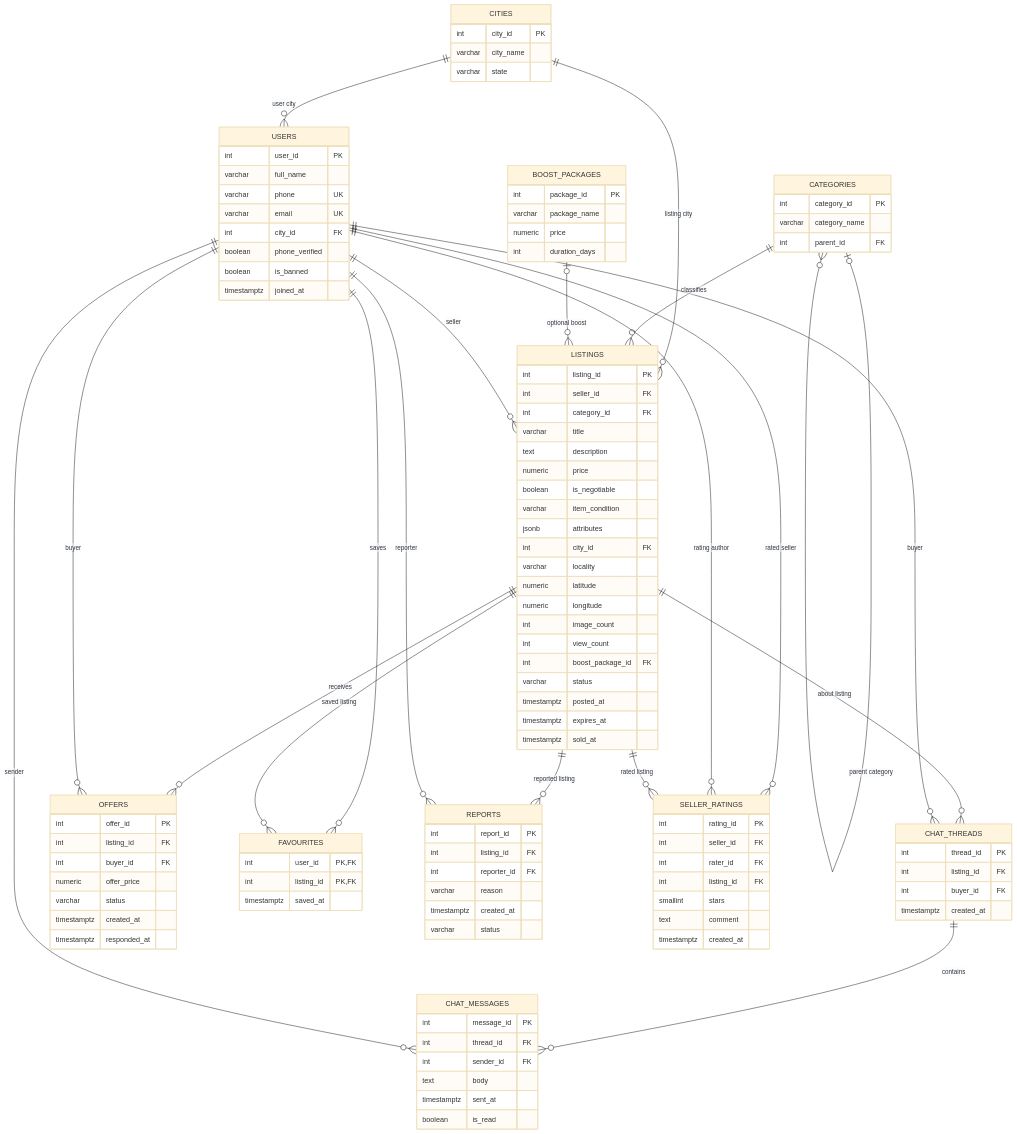
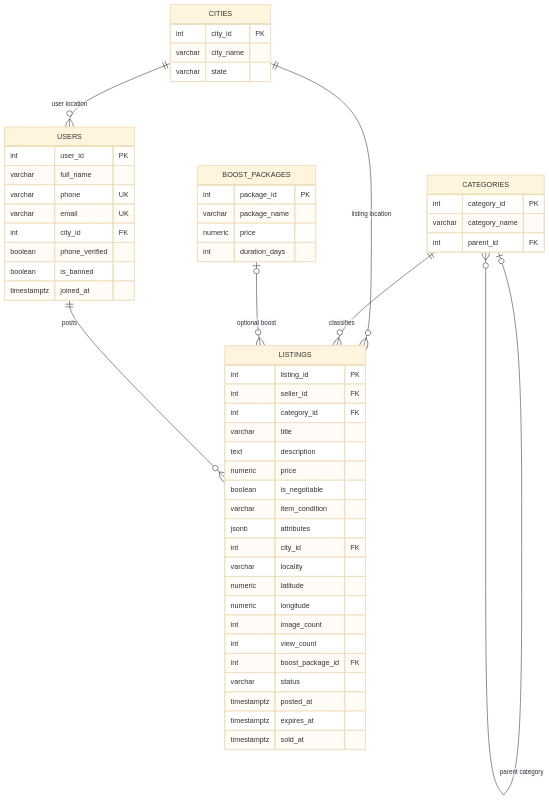
The first of 4 diagrams in docs/02_schema_design.md (Kingleo007/DE_project_2026), drawn with Mermaid (base theme) before and after one commit. The commit also changed other lines of this file, not shown here.

Commit message:
corrected v3

````diff
--- a/docs/02_schema_design.md
+++ b/docs/02_schema_design.md
@@ -216,49 +217,18 @@
 ```mermaid
 erDiagram
-    CITIES ||--o{ USERS : "user city"
-    CITIES ||--o{ LISTINGS : "listing city"
-
+    CITIES ||--o{ USERS : "user location"
+    CITIES ||--o{ LISTINGS : "listing location"
+    CATEGORIES ||--o{ LISTINGS : "classifies"
     CATEGORIES o|--o{ CATEGORIES : "parent category"
-    CATEGORIES ||--o{ LISTINGS : "classifies"
-
     BOOST_PACKAGES o|--o{ LISTINGS : "optional boost"
-
-    USERS ||--o{ LISTINGS : "seller"
-    LISTINGS ||--o{ CHAT_THREADS : "about listing"
-    USERS ||--o{ CHAT_THREADS : "buyer"
-
-    CHAT_THREADS ||--o{ CHAT_MESSAGES : "contains"
-    USERS ||--o{ CHAT_MESSAGES : "sender"
-
-    LISTINGS ||--o{ OFFERS : "receives"
-    USERS ||--o{ OFFERS : "buyer"
-
-    USERS ||--o{ FAVOURITES : "saves"
-    LISTINGS ||--o{ FAVOURITES : "saved listing"
-
-    LISTINGS ||--o{ REPORTS : "reported listing"
-    USERS ||--o{ REPORTS : "reporter"
-
-    USERS ||--o{ SELLER_RATINGS : "rated seller"
-    USERS ||--o{ SELLER_RATINGS : "rating author"
-    LISTINGS ||--o{ SELLER_RATINGS : "rated listing"
+    USERS ||--o{ LISTINGS : "posts"
 
     CITIES {
         int city_id PK
         varchar city_name
         varchar state
     }
-    CATEGORIES {
-        int category_id PK
-        varchar category_name
-        int parent_id FK
-    }
-    BOOST_PACKAGES {
-        int package_id PK
-        varchar package_name
-        numeric price
-        int duration_days
-    }
+
     USERS {
         int user_id PK
         varchar full_name
@@ -269,6 +239,20 @@
         boolean is_banned
         timestamptz joined_at
     }
+
+    CATEGORIES {
+        int category_id PK
+        varchar category_name
+        int parent_id FK
+    }
+
+    BOOST_PACKAGES {
+        int package_id PK
+        varchar package_name
+        numeric price
+        int duration_days
+    }
+
     LISTINGS {
         int listing_id PK
         int seller_id FK
@@ -291,49 +275,4 @@
         timestamptz expires_at
         timestamptz sold_at
     }
-    CHAT_THREADS {
-        int thread_id PK
-        int listing_id FK
-        int buyer_id FK
-        timestamptz created_at
-    }
-    CHAT_MESSAGES {
-        int message_id PK
-        int thread_id FK
-        int sender_id FK
-        text body
-        timestamptz sent_at
-        boolean is_read
-    }
-    OFFERS {
-        int offer_id PK
-        int listing_id FK
-        int buyer_id FK
-        numeric offer_price
-        varchar status
-        timestamptz created_at
-        timestamptz responded_at
-    }
-    FAVOURITES {
-        int user_id PK, FK
-        int listing_id PK, FK
-        timestamptz saved_at
-    }
-    REPORTS {
-        int report_id PK
-        int listing_id FK
-        int reporter_id FK
-        varchar reason
-        timestamptz created_at
-        varchar status
-    }
-    SELLER_RATINGS {
-        int rating_id PK
-        int seller_id FK
-        int rater_id FK
-        int listing_id FK
-        smallint stars
-        text comment
-        timestamptz created_at
-    }
 ```
````
